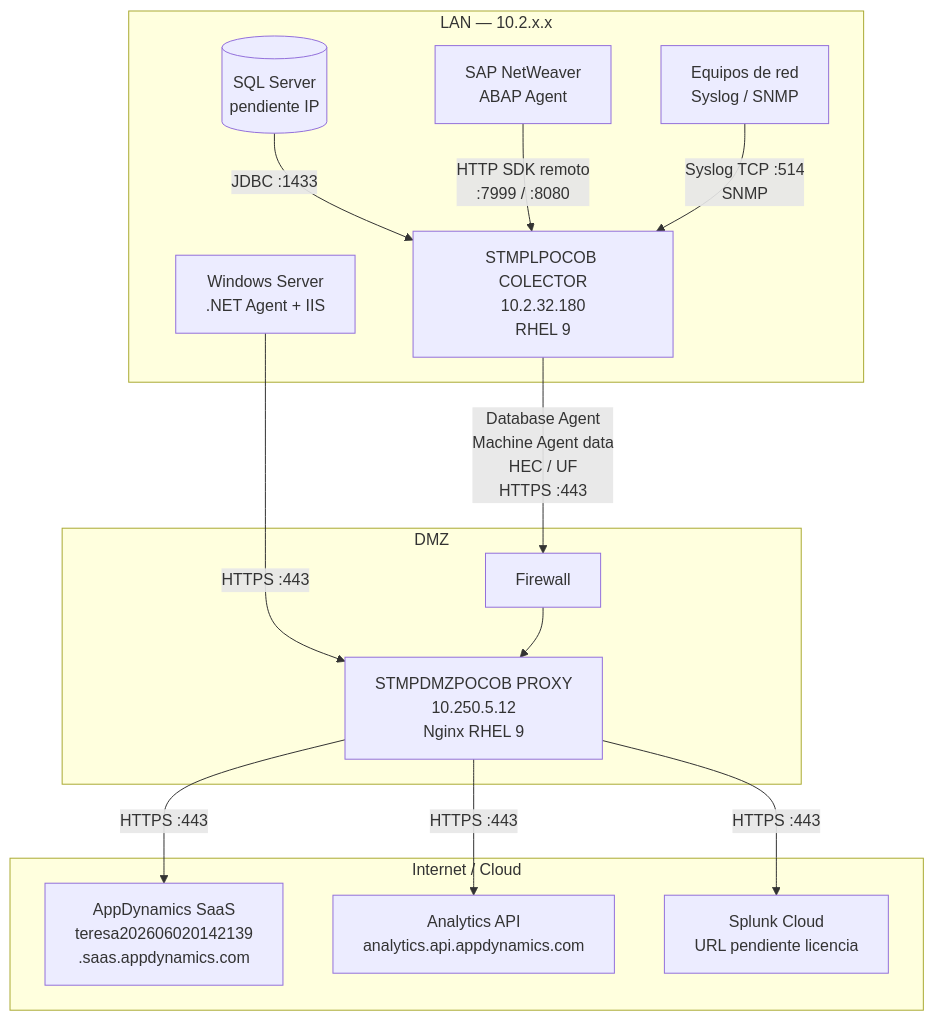
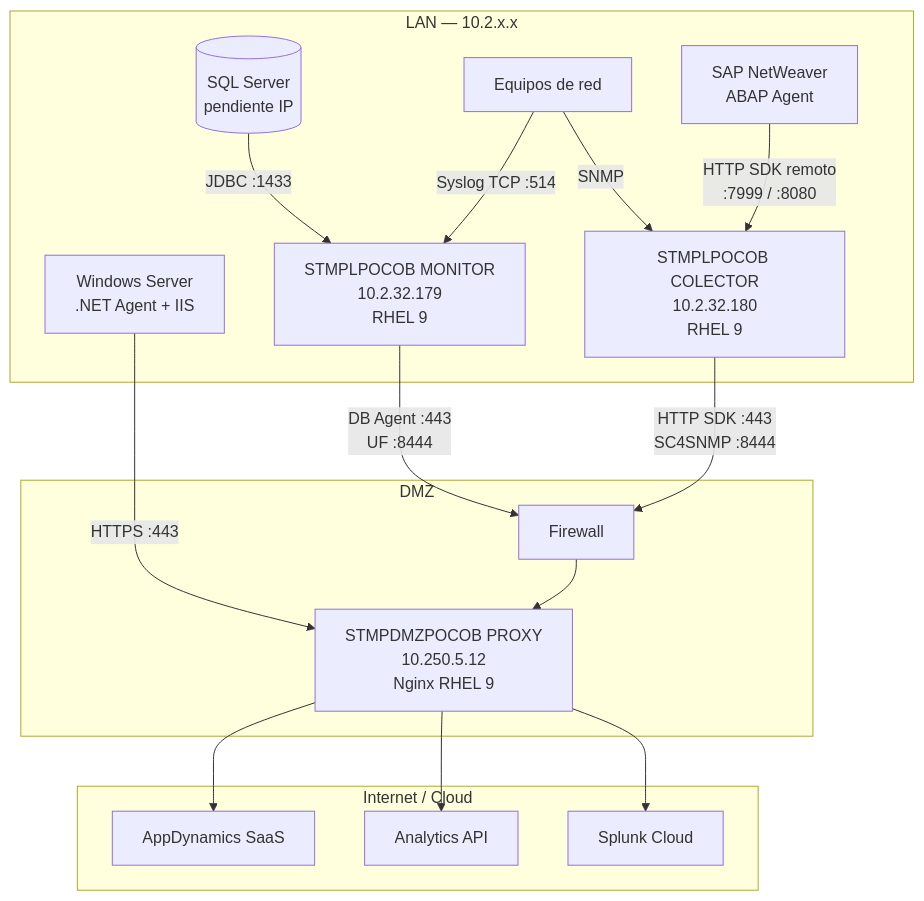
One commit to ulix1808/ICASA_Observability changed the first of 4 diagrams in docs/00-arquitectura/arquitectura-general.md. Above: the diagram before and after it, drawn with Mermaid. The commit also changed other lines of this file and 10 other files, not shown here.

````diff
--- a/docs/00-arquitectura/arquitectura-general.md
+++ b/docs/00-arquitectura/arquitectura-general.md
@@ -13,32 +20,35 @@
 ```mermaid
 flowchart TB
     subgraph LAN["LAN — 10.2.x.x"]
         SQL[(SQL Server<br/>pendiente IP)]
         SAP["SAP NetWeaver<br/>ABAP Agent"]
         IIS["Windows Server<br/>.NET Agent + IIS"]
-        NET["Equipos de red<br/>Syslog / SNMP"]
+        NET["Equipos de red"]
+        MON["STMPLPOCOB MONITOR<br/>10.2.32.179<br/>RHEL 9"]
         COL["STMPLPOCOB COLECTOR<br/>10.2.32.180<br/>RHEL 9"]
     end
 
     subgraph DMZ["DMZ"]
         FW["Firewall"]
         PROXY["STMPDMZPOCOB PROXY<br/>10.250.5.12<br/>Nginx RHEL 9"]
     end
 
     subgraph CLOUD["Internet / Cloud"]
-        APPD["AppDynamics SaaS<br/>teresa202606020142139<br/>.saas.appdynamics.com"]
-        ANALYTICS["Analytics API<br/>analytics.api.appdynamics.com"]
-        SPLUNK["Splunk Cloud<br/>URL pendiente licencia"]
+        APPD["AppDynamics SaaS"]
+        ANALYTICS["Analytics API"]
+        SPLUNK["Splunk Cloud"]
     end
 
-    SQL -->|"JDBC :1433"| COL
+    SQL -->|"JDBC :1433"| MON
+    NET -->|"Syslog TCP :514"| MON
+    NET -->|"SNMP"| COL
     SAP -->|"HTTP SDK remoto<br/>:7999 / :8080"| COL
     IIS -->|"HTTPS :443"| PROXY
-    NET -->|"Syslog TCP :514<br/>SNMP"| COL
 
-    COL -->|"Database Agent<br/>Machine Agent data<br/>HEC / UF<br/>HTTPS :443"| FW
+    MON -->|"DB Agent :443<br/>UF :8444"| FW
+    COL -->|"HTTP SDK :443<br/>SC4SNMP :8444"| FW
     FW --> PROXY
-    PROXY -->|"HTTPS :443"| APPD
-    PROXY -->|"HTTPS :443"| ANALYTICS
-    PROXY -->|"HTTPS :443"| SPLUNK
+    PROXY --> APPD
+    PROXY --> ANALYTICS
+    PROXY --> SPLUNK
 ```
````
